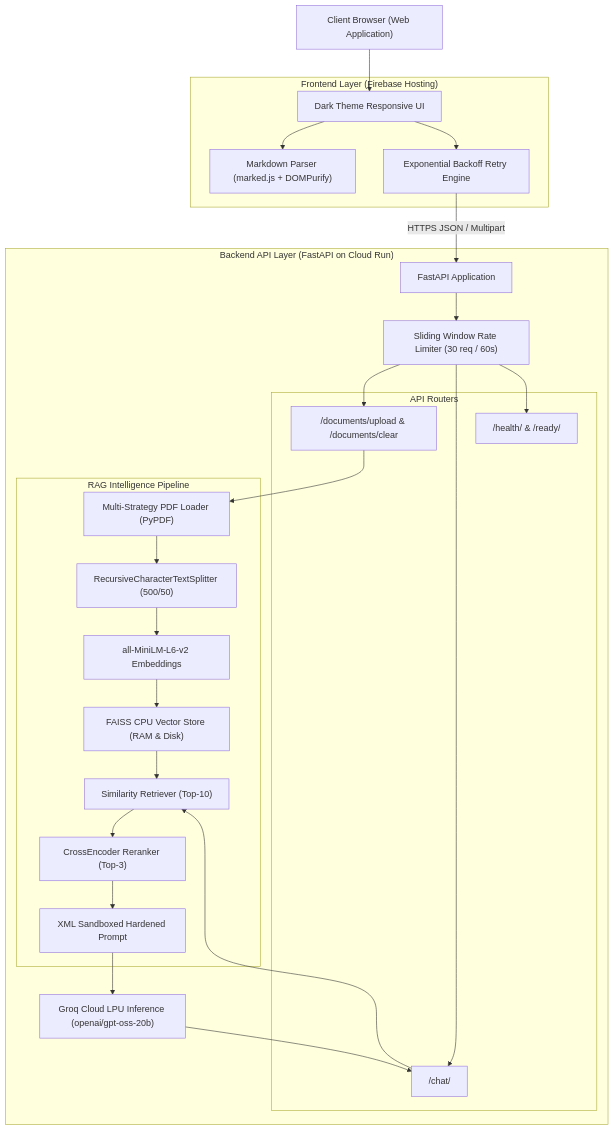
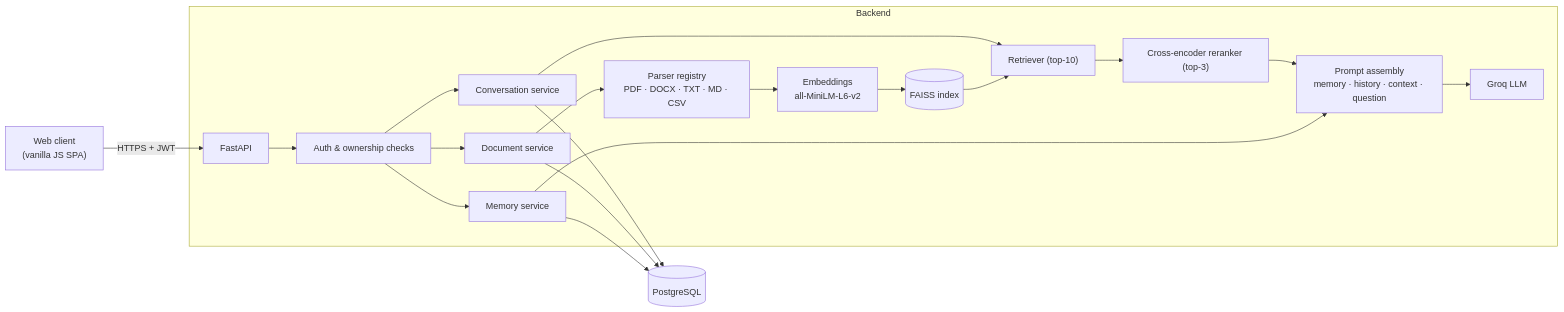
Before and after one commit to roraks24/rorak_ai: the diagram in README.md, drawn with Mermaid. The commit also changed other lines of this file and 99 other files, not shown here.

````diff
--- a/README.md
+++ b/README.md
@@ -64,54 +39,24 @@
 ```mermaid
-flowchart TD
-    User["Client Browser (Web Application)"]
-    
-    subgraph Frontend ["Frontend Layer (Firebase Hosting)"]
-        UI["Dark Theme Responsive UI"]
-        Sanitizer["Markdown Parser (marked.js + DOMPurify)"]
-        Backoff["Exponential Backoff Retry Engine"]
+flowchart LR
+    UI["Web client<br/>(vanilla JS SPA)"] -->|"HTTPS + JWT"| API["FastAPI"]
+
+    subgraph Backend
+        API --> Auth["Auth & ownership checks"]
+        Auth --> Conv["Conversation service"]
+        Auth --> Docs["Document service"]
+        Auth --> Mem["Memory service"]
+
+        Docs --> Parsers["Parser registry<br/>PDF · DOCX · TXT · MD · CSV"]
+        Parsers --> Embed["Embeddings<br/>all-MiniLM-L6-v2"]
+        Embed --> FAISS[("FAISS index")]
+
+        Conv --> Retr["Retriever (top-10)"]
+        FAISS --> Retr
+        Retr --> Rerank["Cross-encoder reranker (top-3)"]
+        Rerank --> Prompt["Prompt assembly<br/>memory · history · context · question"]
+        Mem --> Prompt
+        Prompt --> LLM["Groq LLM"]
     end
 
-    subgraph Backend ["Backend API Layer (FastAPI on Cloud Run)"]
-        API["FastAPI Application"]
-        RateLimit["Sliding Window Rate Limiter (30 req / 60s)"]
-        
-        subgraph Routers ["API Routers"]
-            DocRoute["/documents/upload & /documents/clear"]
-            ChatRoute["/chat/"]
-            HealthRoute["/health/ & /ready/"]
-        end
-        
-        subgraph Pipeline ["RAG Intelligence Pipeline"]
-            Parser["Multi-Strategy PDF Loader (PyPDF)"]
-            Splitter["RecursiveCharacterTextSplitter (500/50)"]
-            Embeddings["all-MiniLM-L6-v2 Embeddings"]
-            FAISSStore["FAISS CPU Vector Store (RAM & Disk)"]
-            Retriever["Similarity Retriever (Top-10)"]
-            Reranker["CrossEncoder Reranker (Top-3)"]
-            PromptEngine["XML Sandboxed Hardened Prompt"]
-        end
-        
-        LLM["Groq Cloud LPU Inference (openai/gpt-oss-20b)"]
-    end
-
-    User --> UI
-    UI --> Sanitizer
-    UI --> Backoff
-    Backoff -->|HTTPS JSON / Multipart| API
-    API --> RateLimit
-    RateLimit --> DocRoute
-    RateLimit --> ChatRoute
-    RateLimit --> HealthRoute
-    
-    DocRoute --> Parser
-    Parser --> Splitter
-    Splitter --> Embeddings
-    Embeddings --> FAISSStore
-    
-    ChatRoute --> Retriever
-    FAISSStore --> Retriever
-    Retriever --> Reranker
-    Reranker --> PromptEngine
-    PromptEngine --> LLM
-    LLM --> ChatRoute
+    Conv & Docs & Mem --> PG[("PostgreSQL")]
 ```
````
